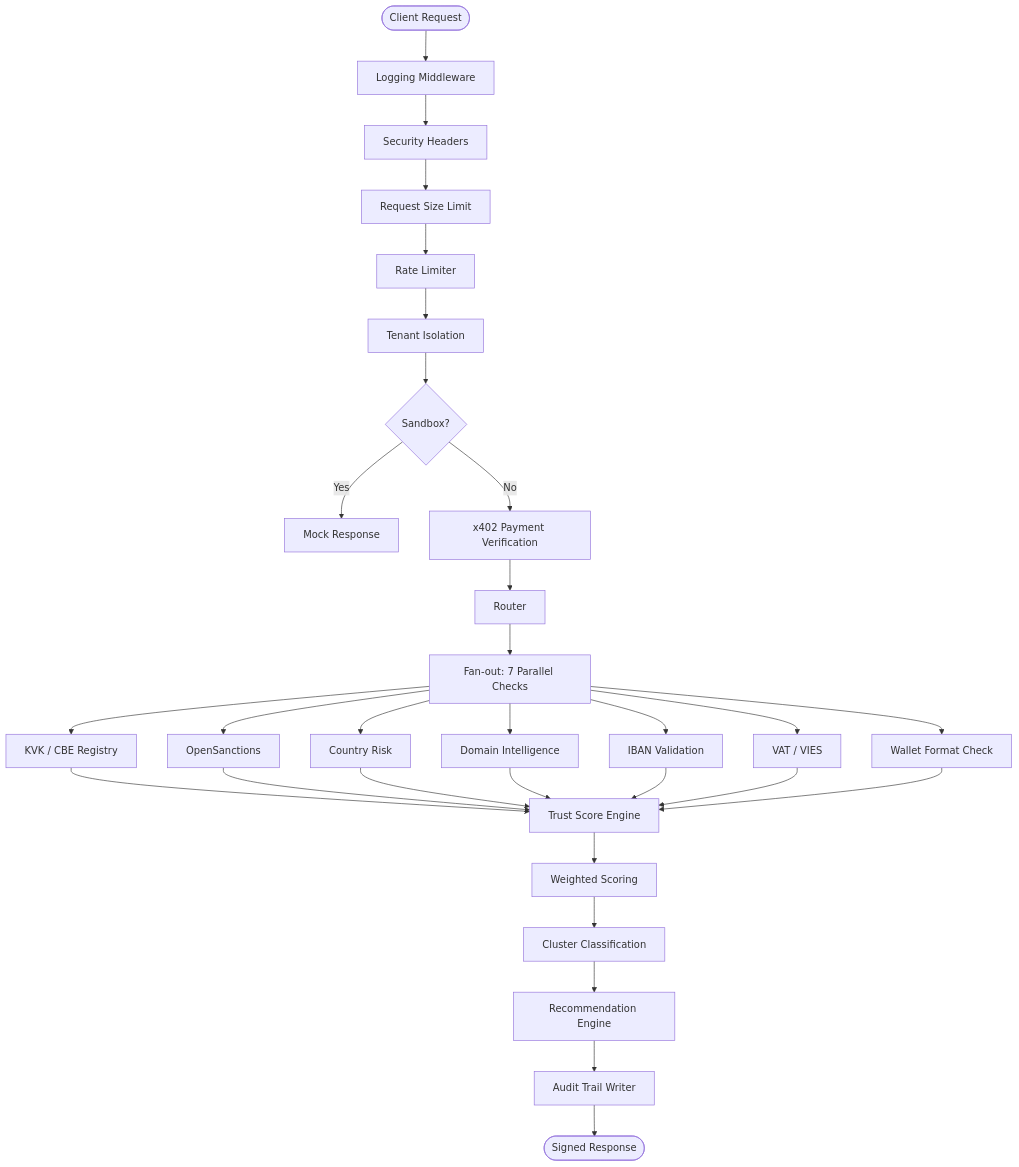
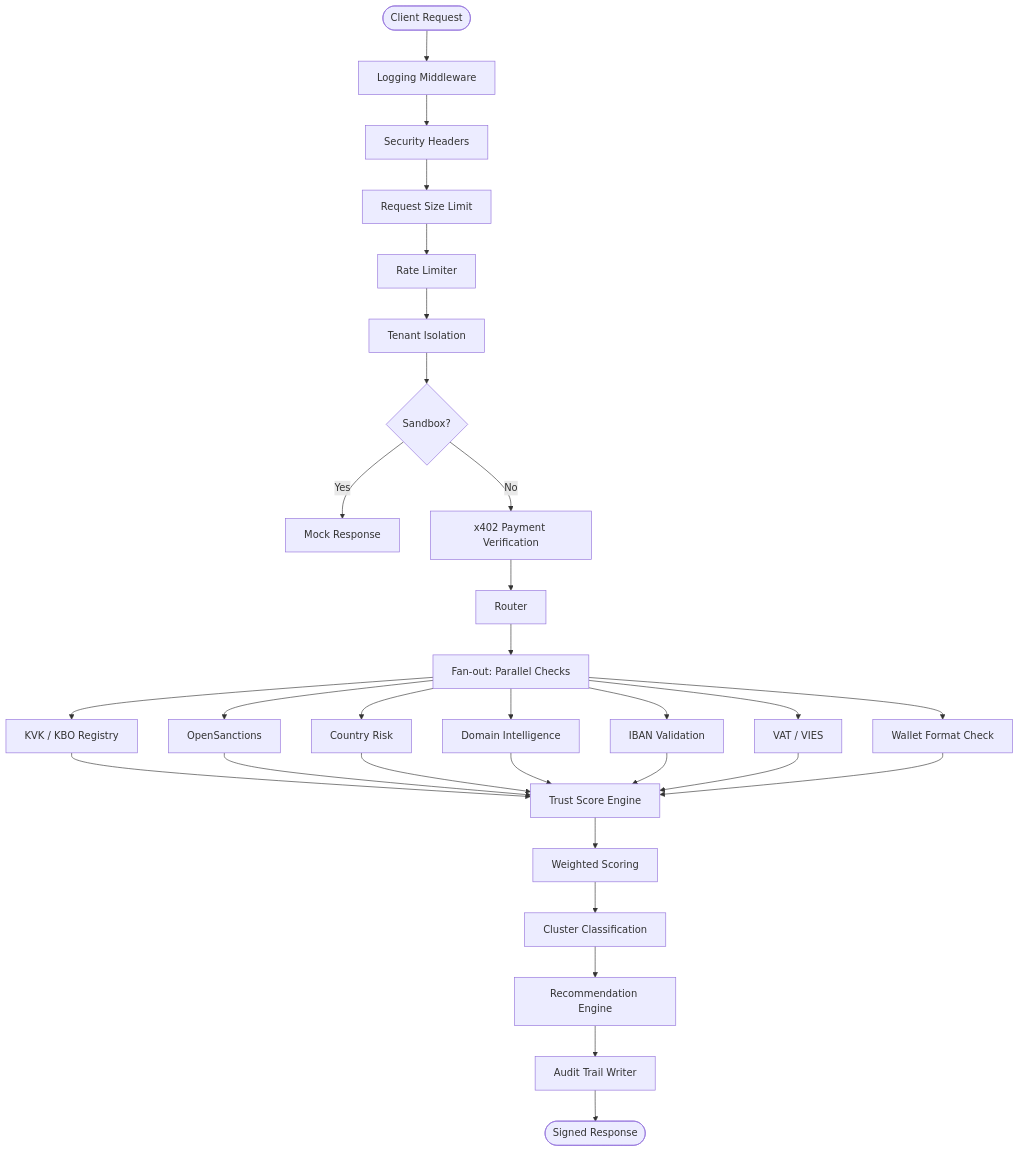
One commit to jwconsultancyteam/limitguard-docs changed the first of 2 diagrams in guides/trust-architecture.mdx. Above: the diagram before and after it, drawn with Mermaid. The commit also changed other lines of this file and 16 other files, not shown here.

````diff
--- a/guides/trust-architecture.mdx
+++ b/guides/trust-architecture.mdx
@@ -50,29 +50,29 @@
 ```mermaid
 flowchart TD
     A([Client Request]) --> B[Logging Middleware]
     B --> C[Security Headers]
     C --> D[Request Size Limit]
     D --> E[Rate Limiter]
     E --> F[Tenant Isolation]
     F --> G{Sandbox?}
     G -- Yes --> H[Mock Response]
     G -- No --> I[x402 Payment Verification]
     I --> J[Router]
 
-    J --> K[Fan-out: 7 Parallel Checks]
+    J --> K[Fan-out: Parallel Checks]
 
-    K --> L1[KVK / CBE Registry]
+    K --> L1[KVK / KBO Registry]
     K --> L2[OpenSanctions]
     K --> L3[Country Risk]
     K --> L4[Domain Intelligence]
     K --> L5[IBAN Validation]
     K --> L6[VAT / VIES]
     K --> L7[Wallet Format Check]
     L1 & L2 & L3 & L4 & L5 & L6 & L7 --> M[Trust Score Engine]
 
     M --> N[Weighted Scoring]
     N --> O[Cluster Classification]
     O --> P[Recommendation Engine]
     P --> Q[Audit Trail Writer]
     Q --> R([Signed Response])
 ```
````
